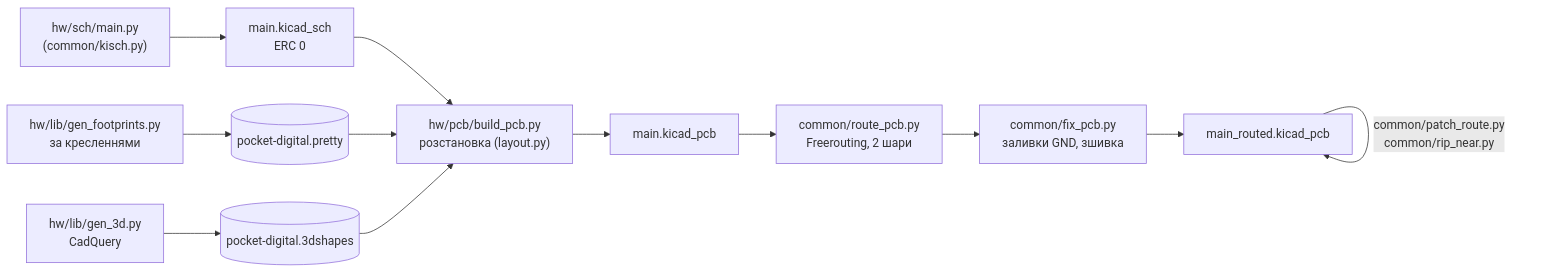
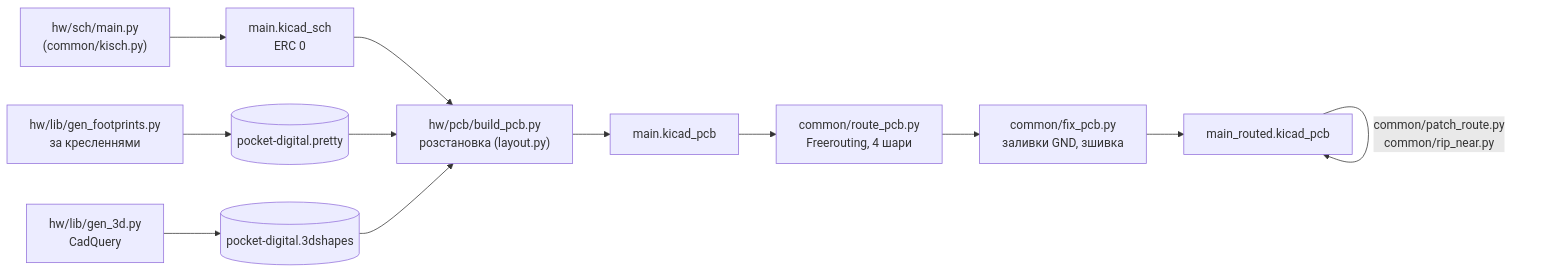
One commit to heartpolik/hardware-pocket-mixer changed the diagram in digital-mixer/docs/04-pcb.md. Above: the diagram before and after it, drawn with Mermaid. The commit also changed other lines of this file and 16 other files, not shown here.

````diff
--- a/digital-mixer/docs/04-pcb.md
+++ b/digital-mixer/docs/04-pcb.md
@@ -12,14 +14,14 @@
 ```mermaid
 flowchart LR
     SCH["hw/sch/main.py<br/>(common/kisch.py)"] --> S1["main.kicad_sch<br/>ERC 0"]
     LIB["hw/lib/gen_footprints.py<br/>за кресленнями"] --> FP[("pocket-digital.pretty")]
     G3["hw/lib/gen_3d.py<br/>CadQuery"] --> M3[("pocket-digital.3dshapes")]
     S1 --> B["hw/pcb/build_pcb.py<br/>розстановка (layout.py)"]
     FP --> B
     M3 --> B
     B --> P1["main.kicad_pcb"]
-    P1 --> R["common/route_pcb.py<br/>Freerouting, 2 шари"]
+    P1 --> R["common/route_pcb.py<br/>Freerouting, 4 шари"]
     R --> F["common/fix_pcb.py<br/>заливки GND, зшивка"]
     F --> P2["main_routed.kicad_pcb"]
     P2 -->|"common/patch_route.py<br/>common/rip_near.py"| P2
 ```
````
